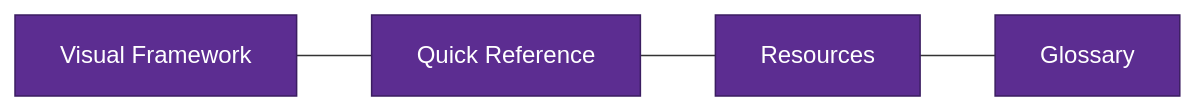
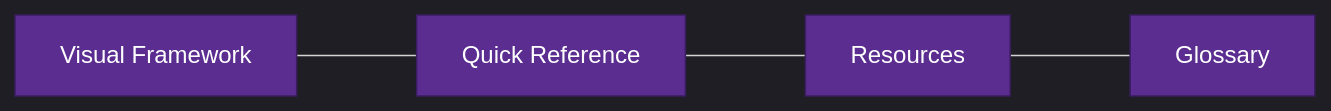
The second of 2 diagrams in README.md (microsoft/Microsoft-AI-Decision-Framework), drawn with Mermaid before and after one commit. The commit also changed other lines of this file, not shown here.

````diff
--- a/README.md
+++ b/README.md
@@ -88,14 +87,15 @@
 ```mermaid
+%%{init: {'theme':'dark','flowchart': {'useMaxWidth': true, 'nodeSpacing': 140, 'rankSpacing': 80, 'diagramPadding': 12}}}%%
 flowchart LR
         VF[Visual Framework] --- QR[Quick Reference] --- RES[Resources] --- GLOS[Glossary]
 
         style VF fill:#5C2D91,stroke:#3B1D61,color:#fff
         style QR fill:#5C2D91,stroke:#3B1D61,color:#fff
         style RES fill:#5C2D91,stroke:#3B1D61,color:#fff
         style GLOS fill:#5C2D91,stroke:#3B1D61,color:#fff
 
         click VF "{{ site.baseurl }}/docs/visual-framework" "Open Visual Framework" _self
         click QR "{{ site.baseurl }}/docs/quick-reference" "Open Quick Reference" _self
         click RES "{{ site.baseurl }}/docs/resources" "Open Resources" _self
         click GLOS "{{ site.baseurl }}/docs/glossary" "Open Glossary" _self
 ```
````
